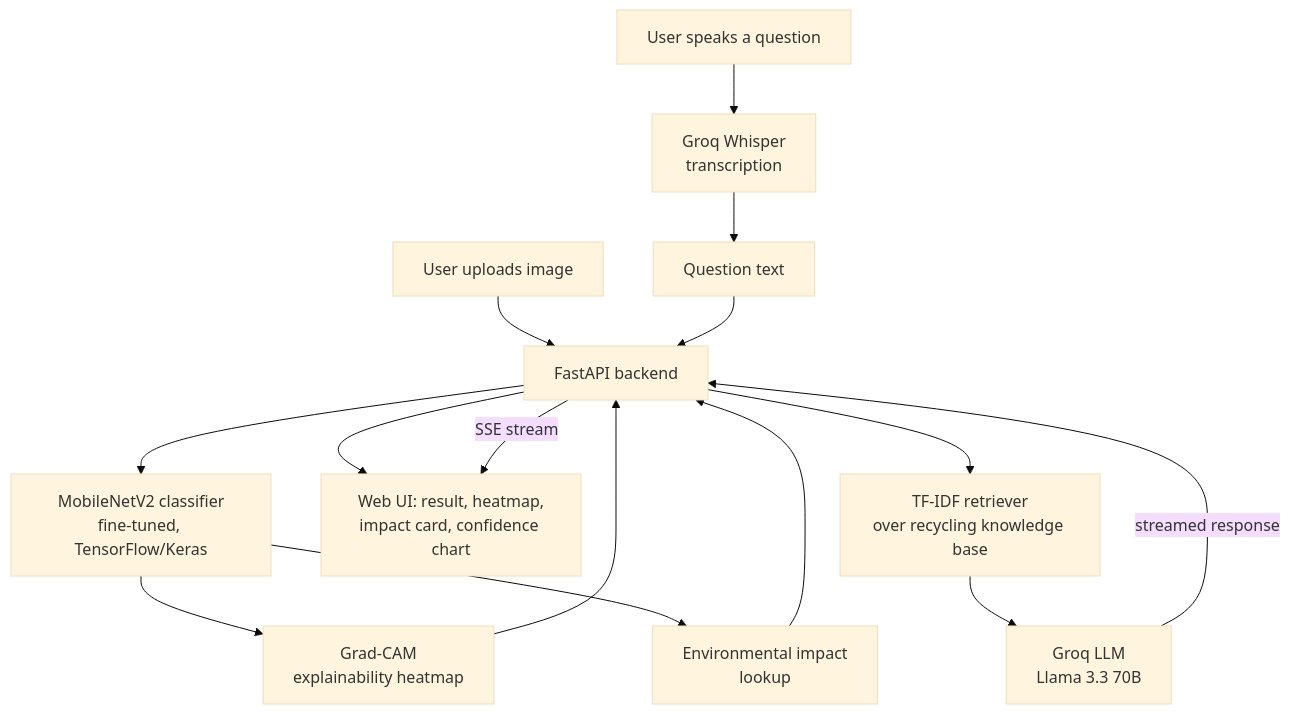
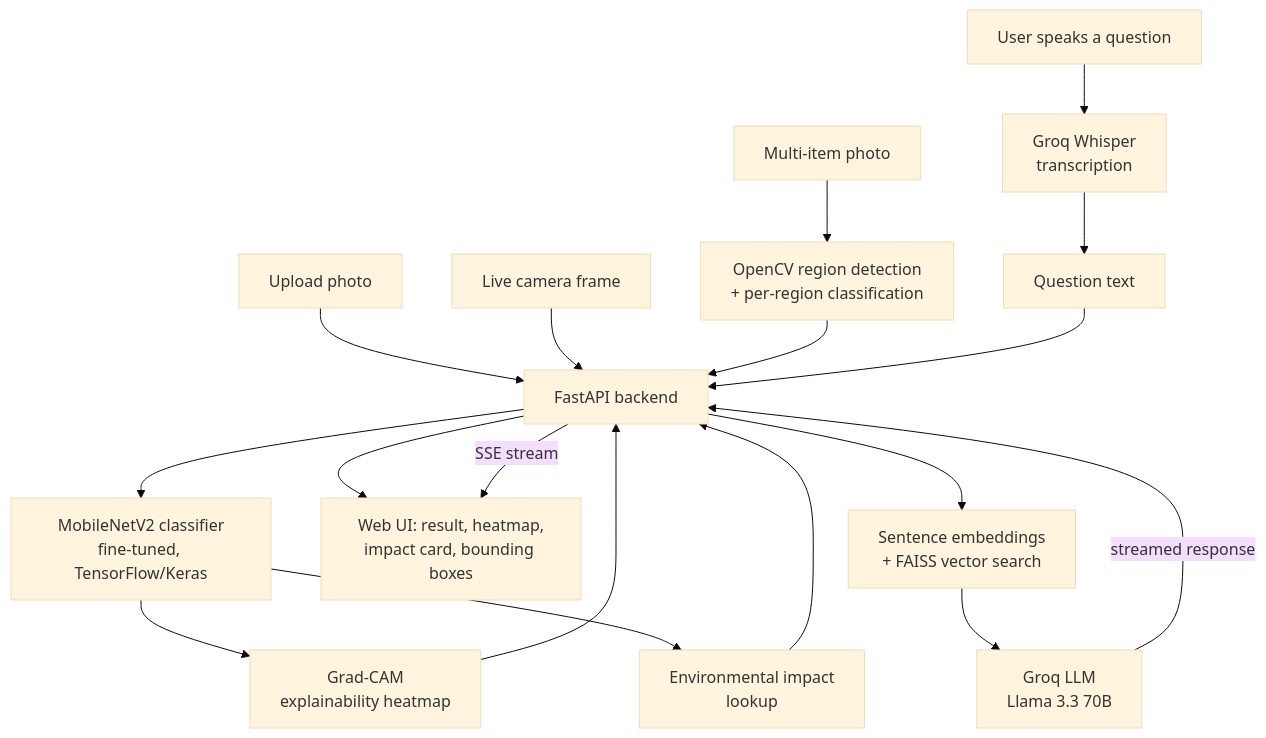
The diagram in README.md (muhammadmoeed1/waste-classifier), drawn with Mermaid (base theme) before and after one commit. The commit also changed other lines of this file and 22 other files, not shown here.

First line of the commit message:
Add real vector RAG, live camera, multi-item detection, and PWA support

````diff
--- a/README.md
+++ b/README.md
@@ -33,18 +44,22 @@
 ```mermaid
 flowchart TD
-    U[User uploads image] --> API[FastAPI backend]
+    U[Upload photo] --> API[FastAPI backend]
+    C[Live camera frame] --> API
+    M[Multi-item photo] --> DET[OpenCV region detection<br/>+ per-region classification]
+    DET --> API
+
     API --> CV[MobileNetV2 classifier<br/>fine-tuned, TensorFlow/Keras]
     CV --> XAI[Grad-CAM<br/>explainability heatmap]
     CV --> IMP[Environmental impact<br/>lookup]
     XAI --> API
     IMP --> API
-    API --> UI[Web UI: result, heatmap,<br/>impact card, confidence chart]
+    API --> UI[Web UI: result, heatmap,<br/>impact card, bounding boxes]
 
     V[User speaks a question] --> WSP[Groq Whisper<br/>transcription]
     WSP --> Q[Question text]
     Q --> API
-    API --> RAG[TF-IDF retriever<br/>over recycling knowledge base]
+    API --> RAG[Sentence embeddings<br/>+ FAISS vector search]
     RAG --> LLM[Groq LLM<br/>Llama 3.3 70B]
     LLM -->|streamed response| API
     API -->|SSE stream| UI
 ```
````
